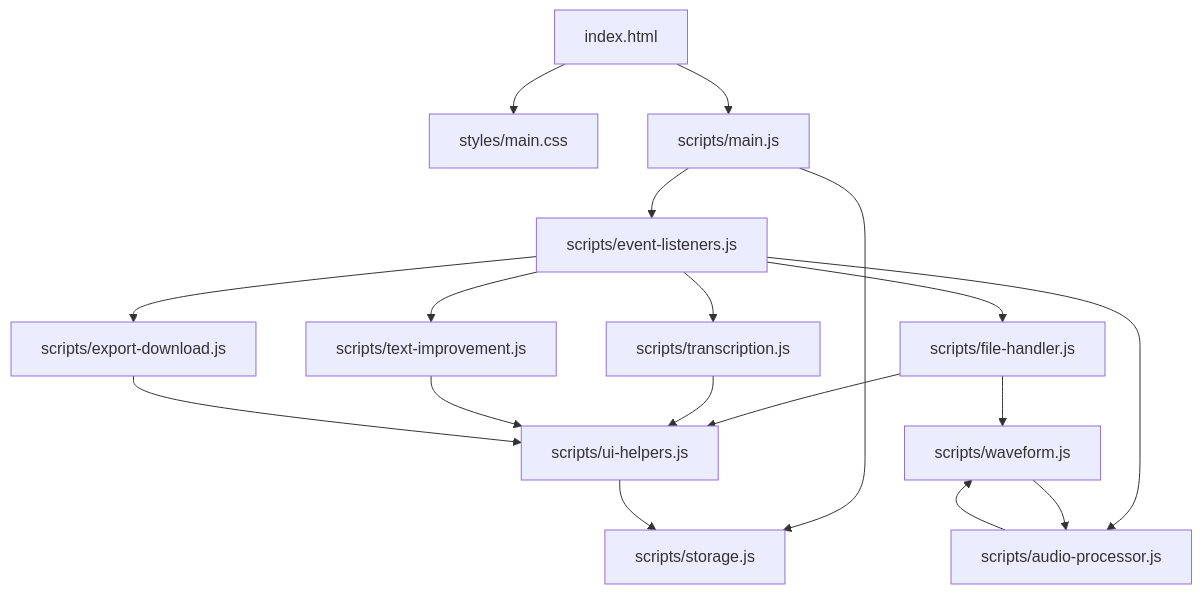
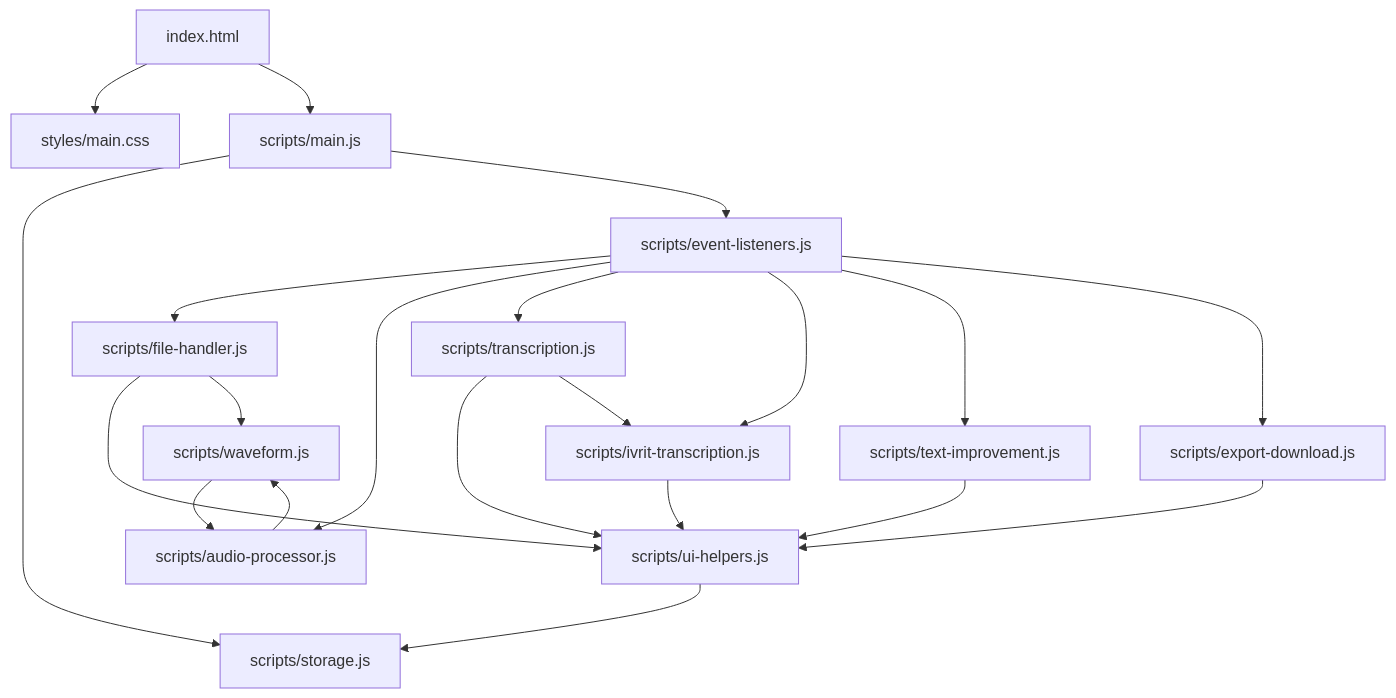
One commit to NaNa-148/timlol changed the diagram in PROJECT_STRUCTURE.md. Above: the diagram before and after it, drawn with Mermaid. The commit also changed other lines of this file, not shown here.

````diff
--- a/PROJECT_STRUCTURE.md
+++ b/PROJECT_STRUCTURE.md
@@ -299,25 +341,28 @@
 ```mermaid
 graph TD
     A[index.html] --> B[styles/main.css]
     A --> C[scripts/main.js]
     
     C --> D[scripts/storage.js]
     C --> E[scripts/event-listeners.js]
     
     E --> F[scripts/file-handler.js]
     E --> G[scripts/audio-processor.js]
     E --> H[scripts/transcription.js]
-    E --> I[scripts/text-improvement.js]
-    E --> J[scripts/export-download.js]
+    E --> I[scripts/ivrit-transcription.js]
+    E --> J[scripts/text-improvement.js]
+    E --> K[scripts/export-download.js]
     
-    F --> K[scripts/ui-helpers.js]
-    F --> L[scripts/waveform.js]
+    F --> L[scripts/ui-helpers.js]
+    F --> M[scripts/waveform.js]
     
-    G --> L
-    H --> K
-    I --> K
-    J --> K
+    G --> M
+    H --> L
+    H --> I
+    I --> L
+    J --> L
+    K --> L
     
-    K --> D
-    L --> G
+    L --> D
+    M --> G
 ```
````
